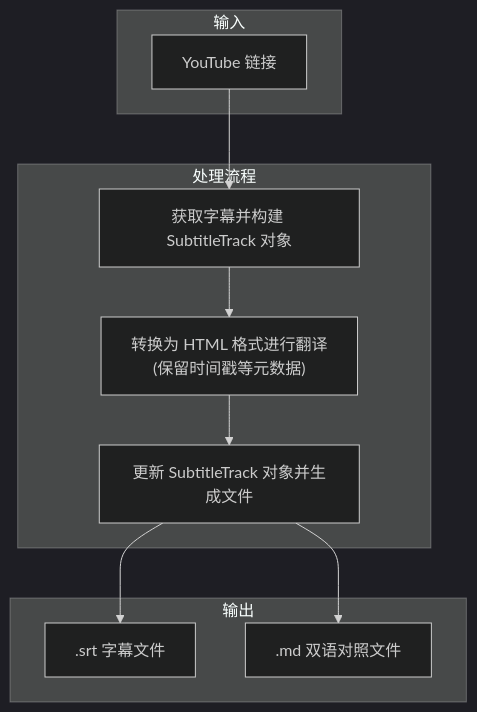
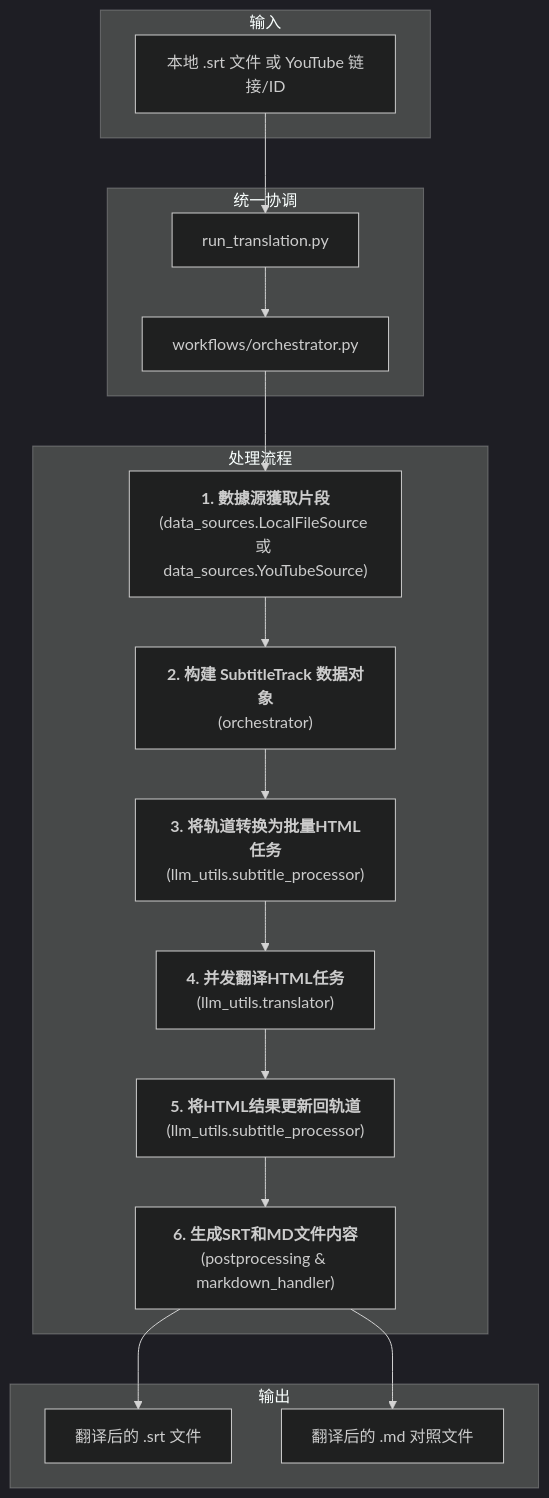
One commit to kuniyao/MultiMediaGenAI changed the second of 2 diagrams in README.md. Above: the diagram before and after it, drawn with Mermaid (dark theme). The commit also changed other lines of this file and 8 other files, not shown here.

First line of the commit message:
docs: Unify subtitle translation documentation and update README

````diff
--- a/README.md
+++ b/README.md
@@ -120,19 +119,28 @@
 ```mermaid
 graph TD;
     subgraph Input [输入]
-        A[YouTube 链接]
-    end
-    subgraph Processing [处理流程]
-        B["获取字幕并构建 SubtitleTrack 对象"]
-        C["转换为 HTML 格式进行翻译<br>(保留时间戳等元数据)"]
-        D["更新 SubtitleTrack 对象并生成文件"]
-    end
-    subgraph Output [输出]
-        E[".srt 字幕文件"]
-        F[".md 双语对照文件"]
+        A[本地 .srt 文件 或 YouTube 链接/ID]
     end
 
-    A --> B --> C --> D;
-    D --> E;
-    D --> F;
+    subgraph Orchestration [统一协调]
+        O1[run_translation.py]
+        O2[workflows/orchestrator.py]
+    end
+
+    subgraph Processing [处理流程]
+        B["<b>1. 數據源獲取片段</b><br>(data_sources.LocalFileSource 或 data_sources.YouTubeSource)"]
+        C["<b>2. 构建 SubtitleTrack 数据对象</b><br>(orchestrator)"]
+        D["<b>3. 将轨道转换为批量HTML任务</b><br>(llm_utils.subtitle_processor)"]
+        E["<b>4. 并发翻译HTML任务</b><br>(llm_utils.translator)"]
+        F["<b>5. 将HTML结果更新回轨道</b><br>(llm_utils.subtitle_processor)"]
+        G["<b>6. 生成SRT和MD文件内容</b><br>(postprocessing & markdown_handler)"]
+    end
+
+    subgraph Output [输出]
+        H1[翻译后的 .srt 文件]
+        H2[翻译后的 .md 对照文件]
+    end
+
+    A --> O1 --> O2 --> B --> C --> D --> E --> F --> G;
+    G --> H1 & H2;
 ```
````
